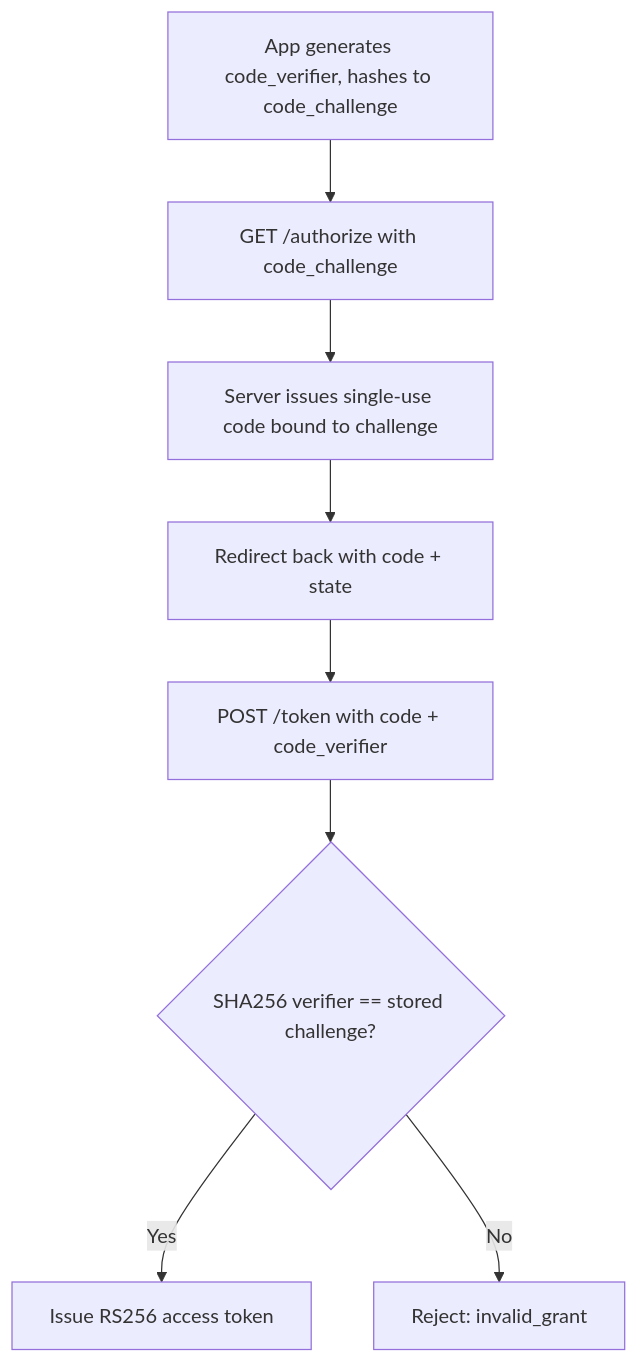
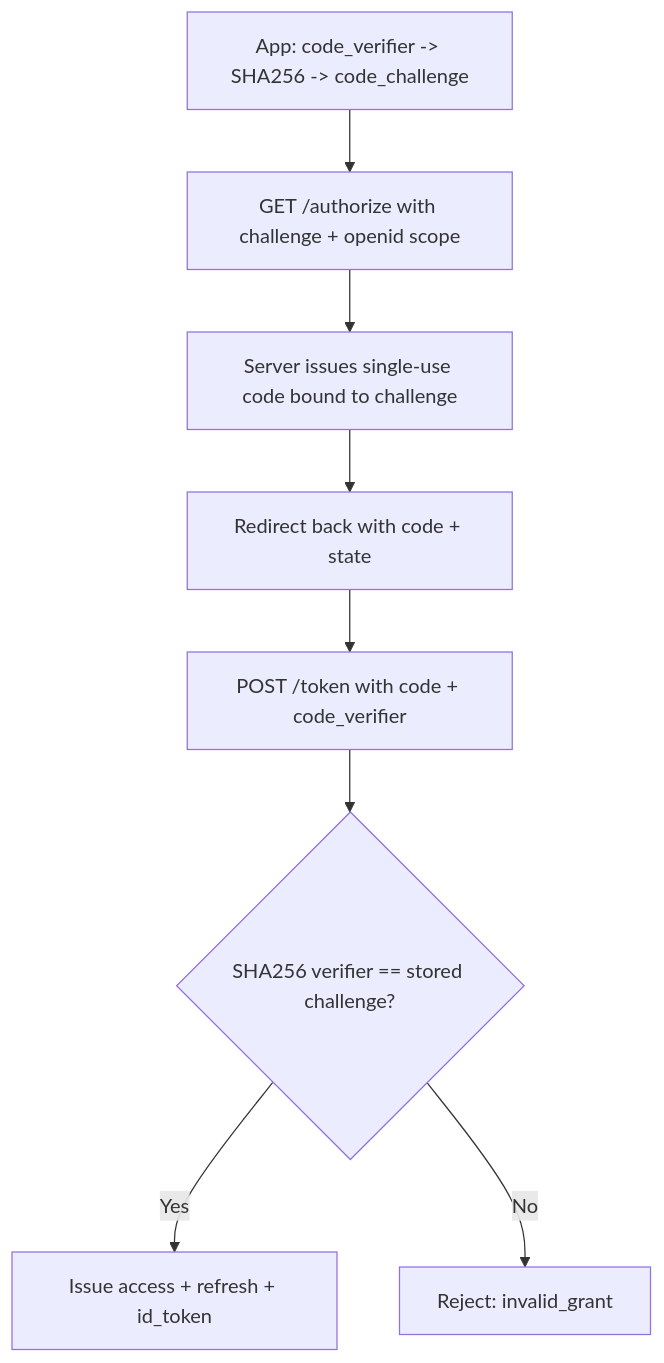
One commit to siriscent7/sentineliam changed the second of 4 diagrams in README.md. Above: the diagram before and after it, drawn with Mermaid. The commit also changed other lines of this file, not shown here.

````diff
--- a/README.md
+++ b/README.md
@@ -61,10 +60,10 @@
 ```mermaid
 flowchart TD
-    A[App generates code_verifier, hashes to code_challenge] --> B[GET /authorize with code_challenge]
+    A[App: code_verifier -> SHA256 -> code_challenge] --> B[GET /authorize with challenge + openid scope]
     B --> C[Server issues single-use code bound to challenge]
     C --> D[Redirect back with code + state]
     D --> E[POST /token with code + code_verifier]
     E --> F{SHA256 verifier == stored challenge?}
-    F -->|Yes| G[Issue RS256 access token]
+    F -->|Yes| G[Issue access + refresh + id_token]
     F -->|No| H[Reject: invalid_grant]
 ```
````
